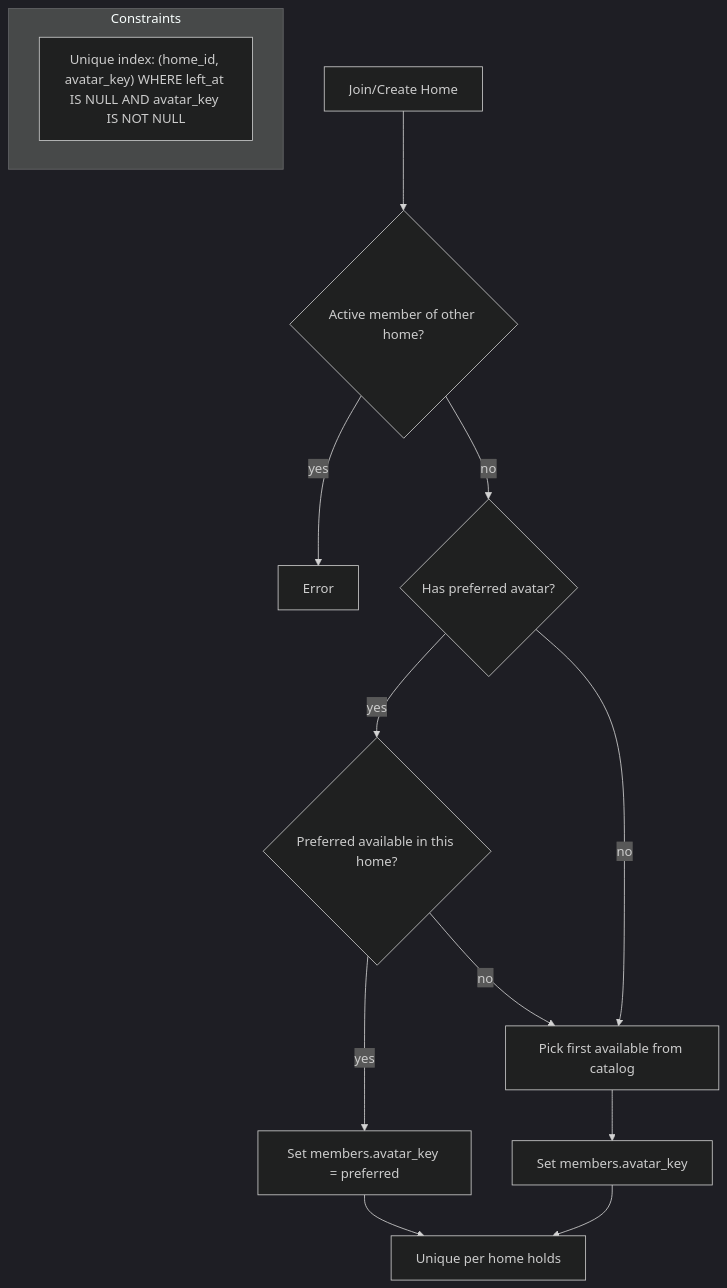
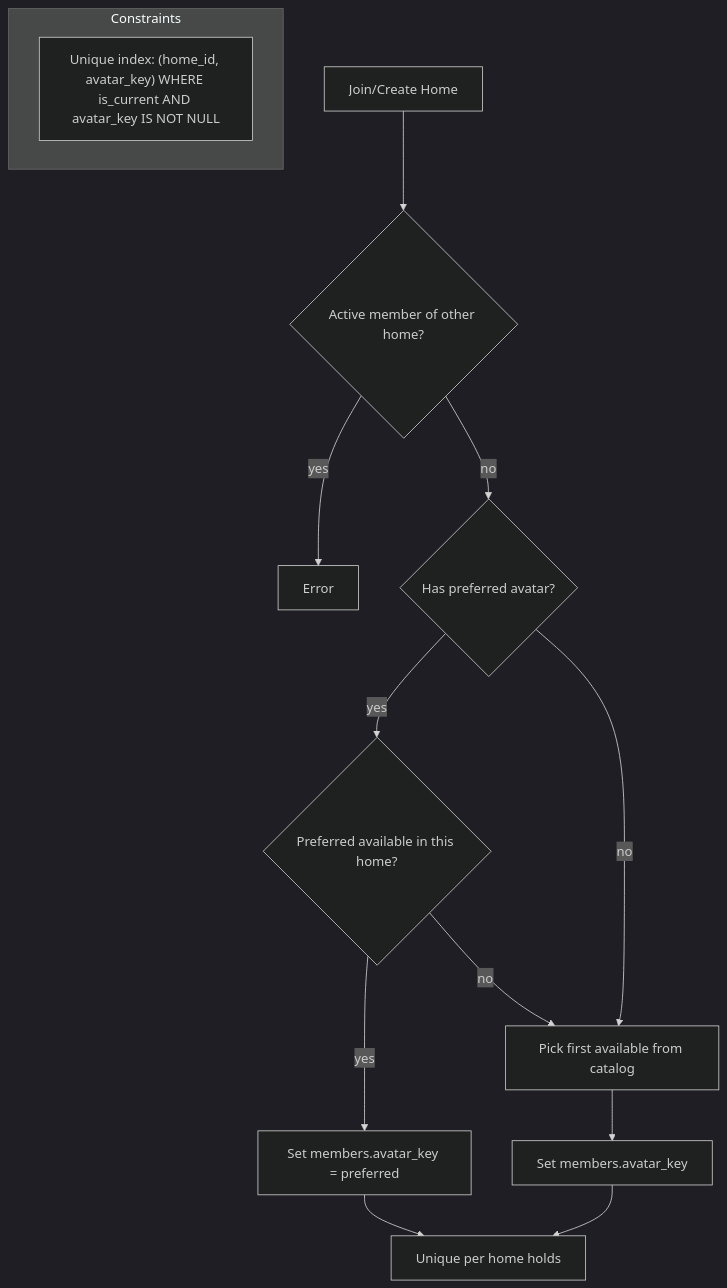
Before and after one commit to pariszhuang123/kinly: the diagram in docs/diagrams/user/avatar_uniqueness.md, drawn with Mermaid (dark theme). The commit also changed other lines of this file and 26 other files, not shown here.

````diff
--- a/docs/diagrams/user/avatar_uniqueness.md
+++ b/docs/diagrams/user/avatar_uniqueness.md
@@ -1,17 +1,17 @@
 ```mermaid
 flowchart TD
   A[Join/Create Home] --> B{Active member of other home?}
   B -- yes --> X[Error]
   B -- no --> C{Has preferred avatar?}
   C -- yes --> D{Preferred available in this home?}
   D -- yes --> E[Set members.avatar_key = preferred]
   D -- no --> F[Pick first available from catalog]
   C -- no --> F
   F --> G[Set members.avatar_key]
   E --> H[Unique per home holds]
   G --> H
 
   subgraph Constraints
-    I["Unique index: (home_id, avatar_key) WHERE left_at IS NULL AND avatar_key IS NOT NULL"]
+    I["Unique index: (home_id, avatar_key) WHERE is_current AND avatar_key IS NOT NULL"]
   end
 ```
````
